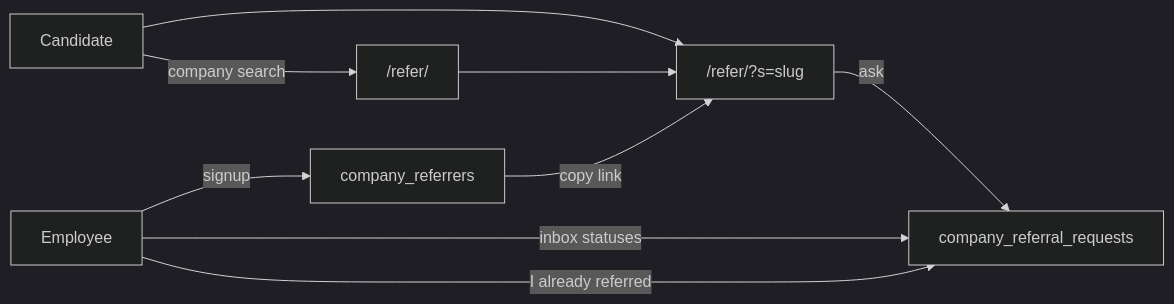
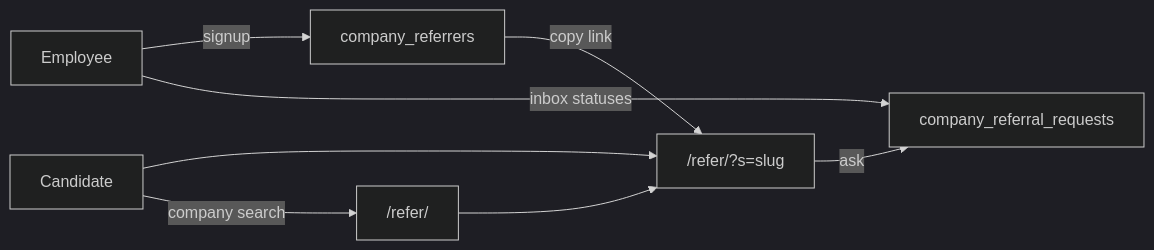
The diagram in docs/COMPANY_REFERRER_HLD.md (parthbhodia/resunova-web), drawn with Mermaid (dark theme) before and after one commit. The commit also changed other lines of this file and 7 other files, not shown here.

````diff
--- a/docs/COMPANY_REFERRER_HLD.md
+++ b/docs/COMPANY_REFERRER_HLD.md
@@ -92,11 +92,10 @@
 ```mermaid
 flowchart LR
   E[Employee] -->|signup| P[company_referrers]
   P -->|copy link| L["/refer/?s=slug"]
   C[Candidate] --> L
   C -->|company search| S["/refer/"]
   S --> L
   L -->|ask| R[company_referral_requests]
   E -->|inbox statuses| R
-  E -->|I already referred| R
 ```
````
